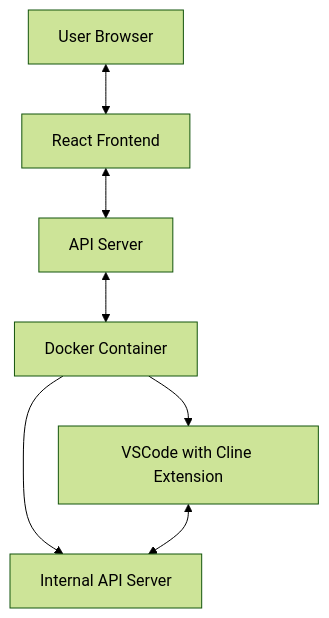
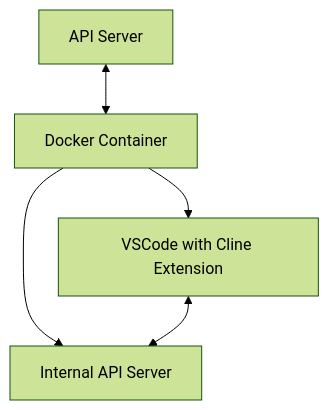
One commit to JanNoszczyk/cline_agent changed the diagram in memory-bank/systemPatterns.md. Above: the diagram before and after it, drawn with Mermaid (forest theme). The commit also changed other lines of this file and 21 other files, not shown here.

````diff
--- a/memory-bank/systemPatterns.md
+++ b/memory-bank/systemPatterns.md
@@ -7,9 +7,7 @@
 ```mermaid
 flowchart TD
-    User[User Browser] <--> Frontend[React Frontend]
-    Frontend <--> API[API Server]
-    API <--> Docker[Docker Container]
+    API[API Server] <--> Docker[Docker Container]
     Docker --> VSCode[VSCode with Cline Extension]
     Docker --> APIServer[Internal API Server]
     VSCode <--> APIServer
 ```
````
